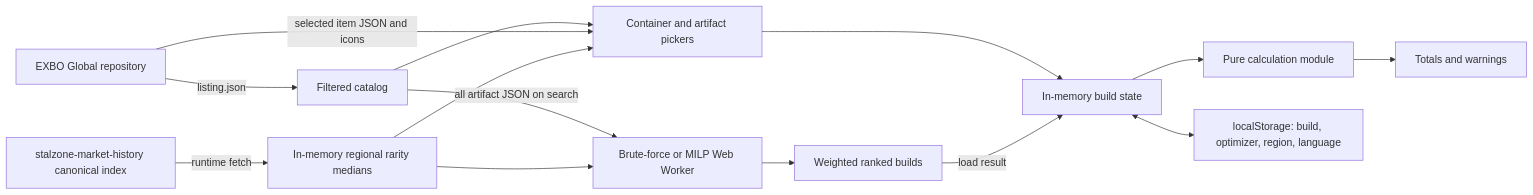
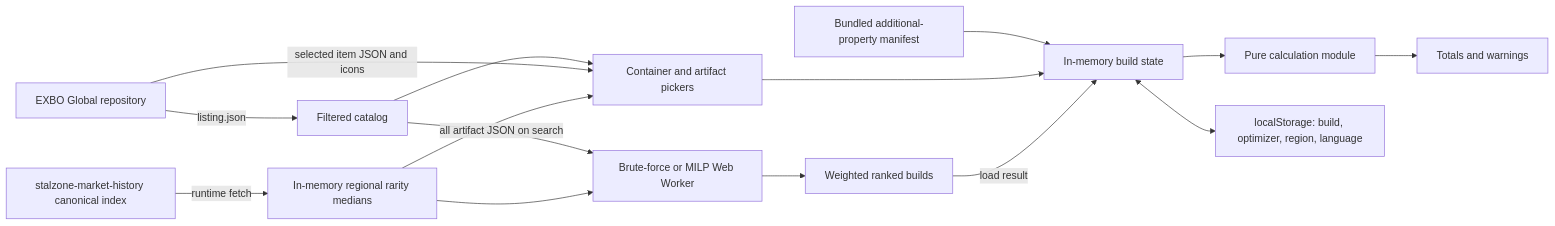
One commit to mzmrk/stalzone-field-kit changed the diagram in docs/architecture.md. Above: the diagram before and after it, drawn with Mermaid. The commit also changed other lines of this file and 18 other files, not shown here.

````diff
--- a/docs/architecture.md
+++ b/docs/architecture.md
@@ -48,16 +48,17 @@
 ```mermaid
 flowchart LR
     EXBO["EXBO Global repository"] -->|listing.json| Catalog["Filtered catalog"]
+    UpgradeData["Bundled additional-property manifest"] --> Build
     Market["stalzone-market-history canonical index"] -->|runtime fetch| PriceIndex["In-memory regional rarity medians"]
     Catalog --> Picker["Container and artifact pickers"]
     EXBO -->|selected item JSON and icons| Picker
     PriceIndex --> Picker
     Picker --> Build["In-memory build state"]
     Build --> Calculator["Pure calculation module"]
     Calculator --> Results["Totals and warnings"]
     Build <--> Storage["localStorage: build, optimizer, region, language"]
     Catalog -->|all artifact JSON on search| Optimizer["Brute-force or MILP Web Worker"]
     PriceIndex --> Optimizer
     Optimizer --> Ranked["Weighted ranked builds"]
     Ranked -->|load result| Build
 ```
````
